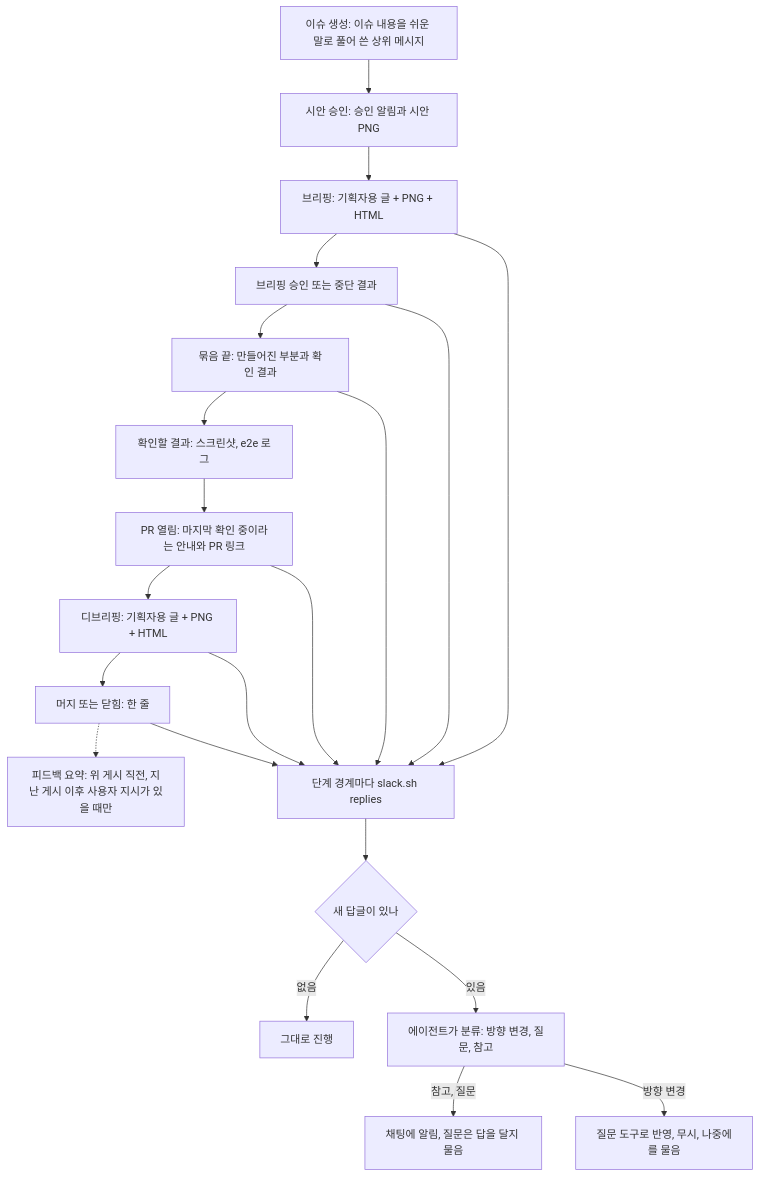
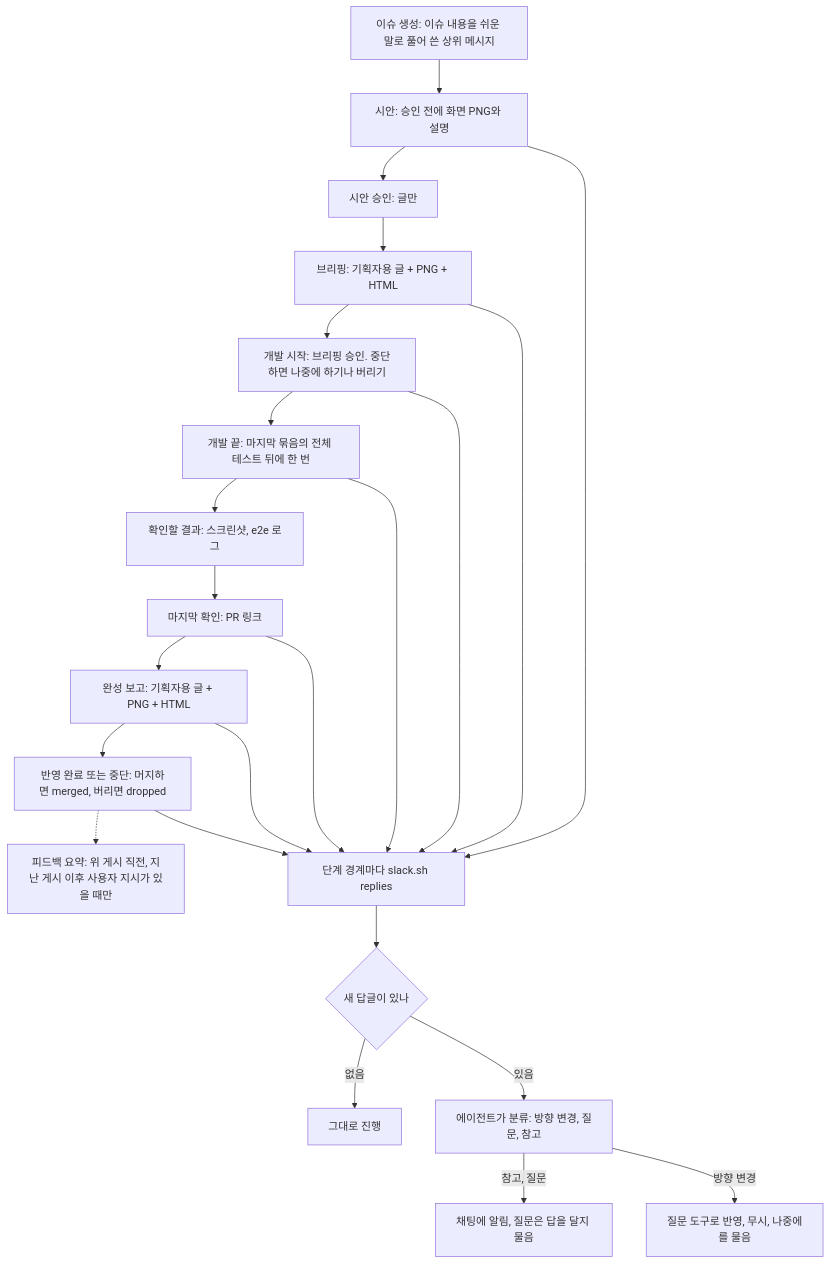
Before and after one commit to dincal/agent_logbook: the eighth of 9 diagrams in docs/system/flows.md, drawn with Mermaid. The commit also changed other lines of this file and 7 other files, not shown here.

````diff
--- a/docs/system/flows.md
+++ b/docs/system/flows.md
@@ -261,18 +261,19 @@
 ```mermaid
 flowchart TD
-  I["이슈 생성: 이슈 내용을 쉬운 말로 풀어 쓴 상위 메시지"] --> D["시안 승인: 승인 알림과 시안 PNG"]
+  I["이슈 생성: 이슈 내용을 쉬운 말로 풀어 쓴 상위 메시지"] --> M["시안: 승인 전에 화면 PNG와 설명"]
+  M --> D["시안 승인: 글만"]
   D --> B["브리핑: 기획자용 글 + PNG + HTML"]
-  B --> AP["브리핑 승인 또는 중단 결과"]
-  AP --> W["묶음 끝: 만들어진 부분과 확인 결과"]
+  B --> AP["개발 시작: 브리핑 승인. 중단하면 나중에 하기나 버리기"]
+  AP --> W["개발 끝: 마지막 묶음의 전체 테스트 뒤에 한 번"]
   W --> CK["확인할 결과: 스크린샷, e2e 로그"]
-  CK --> PR["PR 열림: 마지막 확인 중이라는 안내와 PR 링크"]
-  PR --> DB["디브리핑: 기획자용 글 + PNG + HTML"]
-  DB --> CL["머지 또는 닫힘: 한 줄"]
+  CK --> PR["마지막 확인: PR 링크"]
+  PR --> DB["완성 보고: 기획자용 글 + PNG + HTML"]
+  DB --> CL["반영 완료 또는 중단: 머지하면 merged, 버리면 dropped"]
   CL -.-> F["피드백 요약: 위 게시 직전, 지난 게시 이후 사용자 지시가 있을 때만"]
-  B & AP & W & PR & DB & CL --> R["단계 경계마다 slack.sh replies"]
+  M & B & AP & W & PR & DB & CL --> R["단계 경계마다 slack.sh replies"]
   R --> N{"새 답글이 있나"}
   N -->|"없음"| G["그대로 진행"]
   N -->|"있음"| C["에이전트가 분류: 방향 변경, 질문, 참고"]
   C -->|"참고, 질문"| T["채팅에 알림, 질문은 답을 달지 물음"]
   C -->|"방향 변경"| Q["질문 도구로 반영, 무시, 나중에를 물음"]
 ```
````
